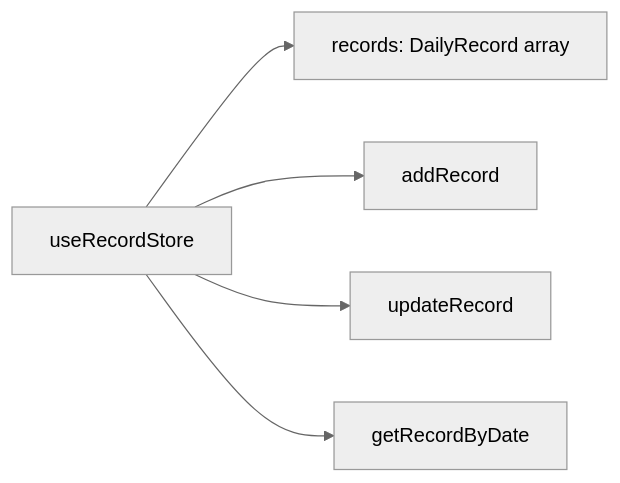
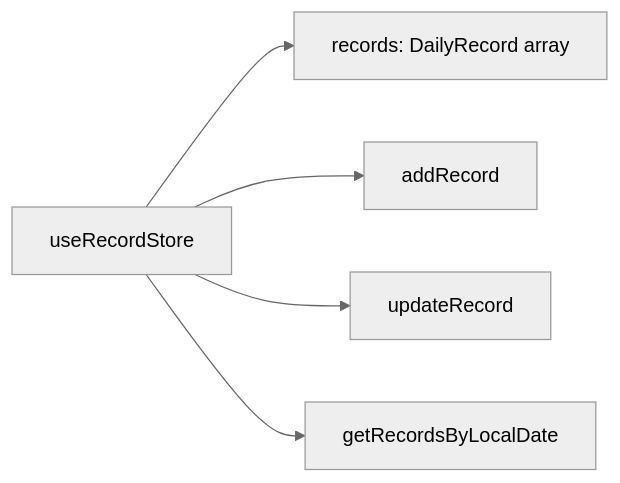
The fourth of 4 diagrams in docs/design.md (HaraRyonosuke/condition-tracker), drawn with Mermaid (neutral theme) before and after one commit. The commit also changed other lines of this file and 1 other file, not shown here.

````diff
--- a/docs/design.md
+++ b/docs/design.md
@@ -166,7 +168,7 @@
 ```mermaid
 graph LR
     Store[useRecordStore] --> A[records: DailyRecord array]
     Store --> B[addRecord]
     Store --> C[updateRecord]
-    Store --> D[getRecordByDate]
+    Store --> D[getRecordsByLocalDate]
 ```
````
